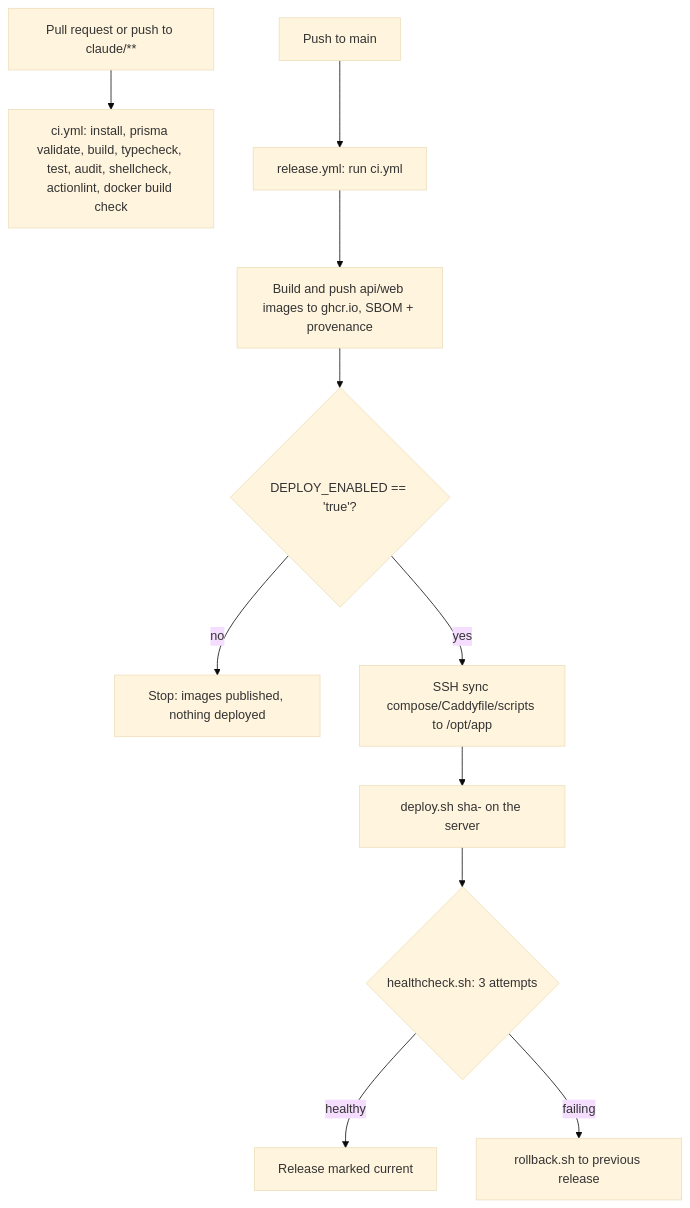
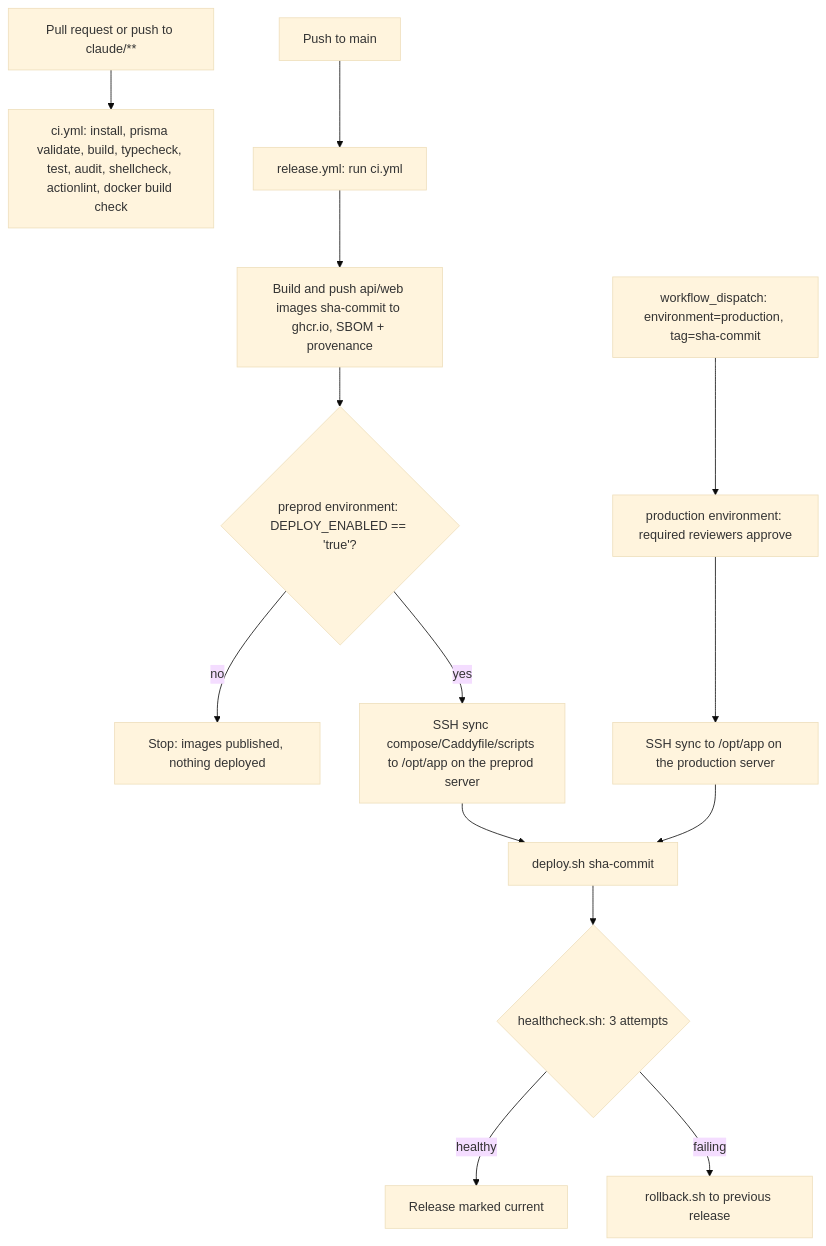
Before and after one commit to kursatessiz/deneme: the diagram in docs/CICD_GUIDE.md, drawn with Mermaid (base theme). The commit also changed other lines of this file and 2 other files, not shown here.

First line of the commit message:
docs: document the preprod environment and first deploy

````diff
--- a/docs/CICD_GUIDE.md
+++ b/docs/CICD_GUIDE.md
@@ -10,13 +10,16 @@
 ```mermaid
 flowchart TD
     A[Pull request or push to claude/**] --> B[ci.yml: install, prisma validate, build, typecheck, test, audit, shellcheck, actionlint, docker build check]
     C[Push to main] --> D[release.yml: run ci.yml]
-    D --> E[Build and push api/web images to ghcr.io, SBOM + provenance]
-    E --> F{DEPLOY_ENABLED == 'true'?}
+    D --> E[Build and push api/web images sha-commit to ghcr.io, SBOM + provenance]
+    E --> F{preprod environment: DEPLOY_ENABLED == 'true'?}
     F -- no --> G[Stop: images published, nothing deployed]
-    F -- yes --> H[SSH sync compose/Caddyfile/scripts to /opt/app]
-    H --> I[deploy.sh sha-<commit> on the server]
+    F -- yes --> H[SSH sync compose/Caddyfile/scripts to /opt/app on the preprod server]
+    M[workflow_dispatch: environment=production, tag=sha-commit] --> N[production environment: required reviewers approve]
+    N --> H2[SSH sync to /opt/app on the production server]
+    H --> I[deploy.sh sha-commit]
+    H2 --> I
     I --> J{healthcheck.sh: 3 attempts}
     J -- healthy --> K[Release marked current]
     J -- failing --> L[rollback.sh to previous release]
 ```
````
